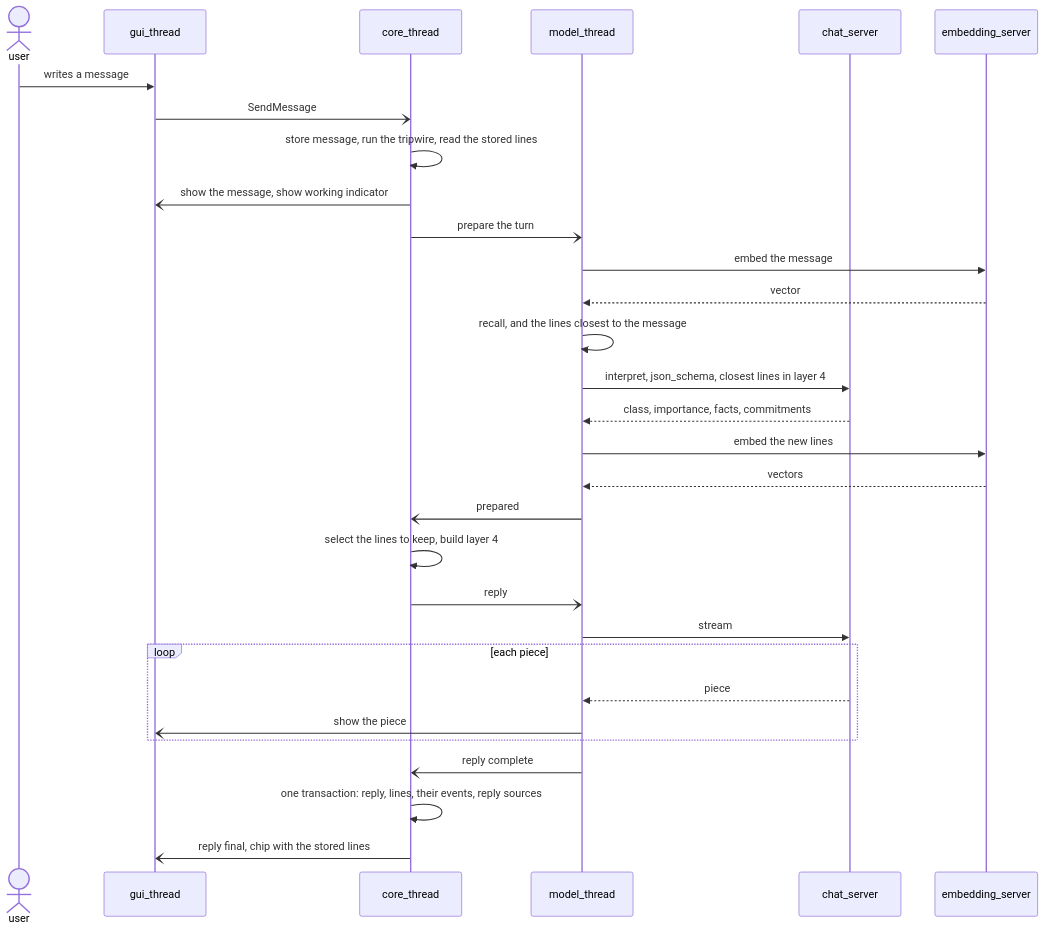
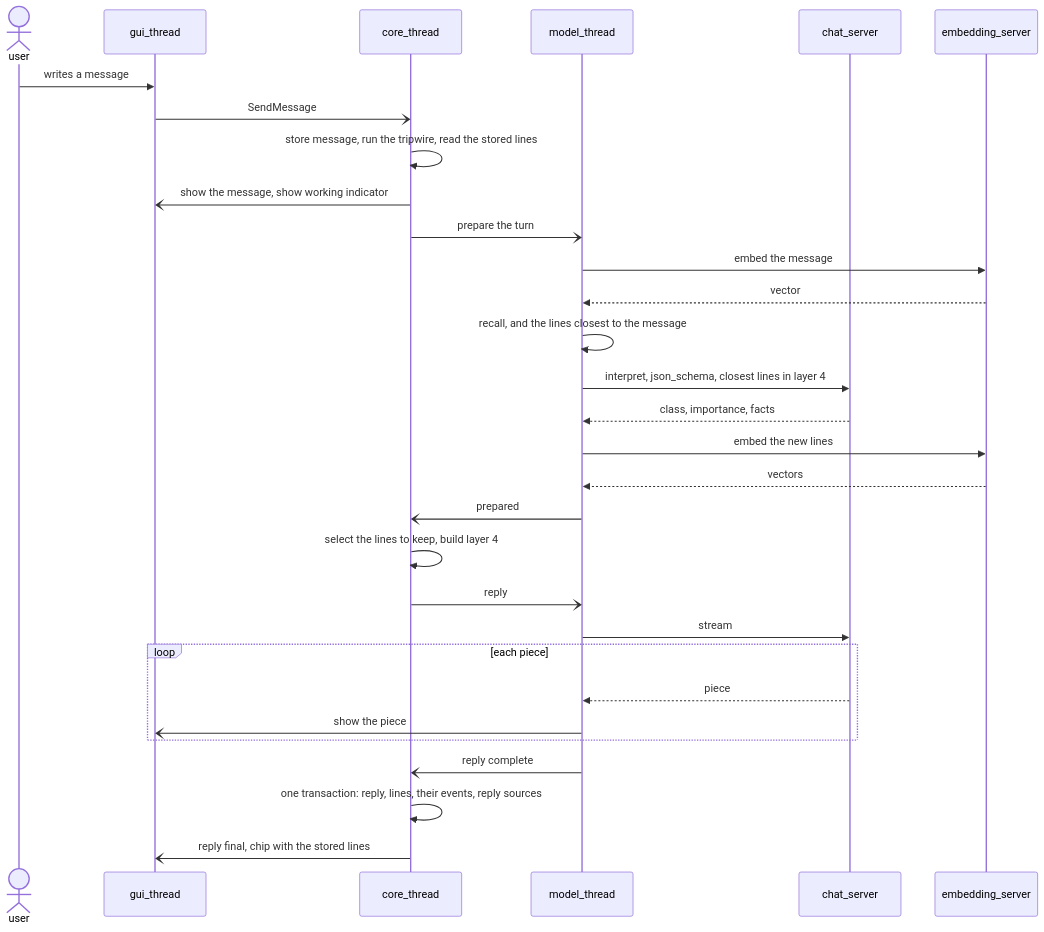
One commit to NguyenVu04/cognia changed diagram 35 of 48 in docs/architecture/ARCHITECTURE.md. Above: the diagram before and after it, drawn with Mermaid. The commit also changed other lines of this file and 83 other files, not shown here.

````diff
--- a/docs/architecture/ARCHITECTURE.md
+++ b/docs/architecture/ARCHITECTURE.md
@@ -2266,33 +2394,33 @@
 ```mermaid
 sequenceDiagram
     actor user
     participant gui as gui_thread
     participant core as core_thread
     participant model as model_thread
     participant chat as chat_server
     participant embed as embedding_server
 
     user->>gui: writes a message
     gui-)core: SendMessage
     core->>core: store message, run the tripwire, read the stored lines
     core-)gui: show the message, show working indicator
     core-)model: prepare the turn
     model->>embed: embed the message
     embed-->>model: vector
     model->>model: recall, and the lines closest to the message
     model->>chat: interpret, json_schema, closest lines in layer 4
-    chat-->>model: class, importance, facts, commitments
+    chat-->>model: class, importance, facts
     model->>embed: embed the new lines
     embed-->>model: vectors
     model-)core: prepared
     core->>core: select the lines to keep, build layer 4
     core-)model: reply
     model->>chat: stream
     loop each piece
         chat-->>model: piece
         model-)gui: show the piece
     end
     model-)core: reply complete
     core->>core: one transaction: reply, lines, their events, reply sources
     core-)gui: reply final, chip with the stored lines
 ```
````
